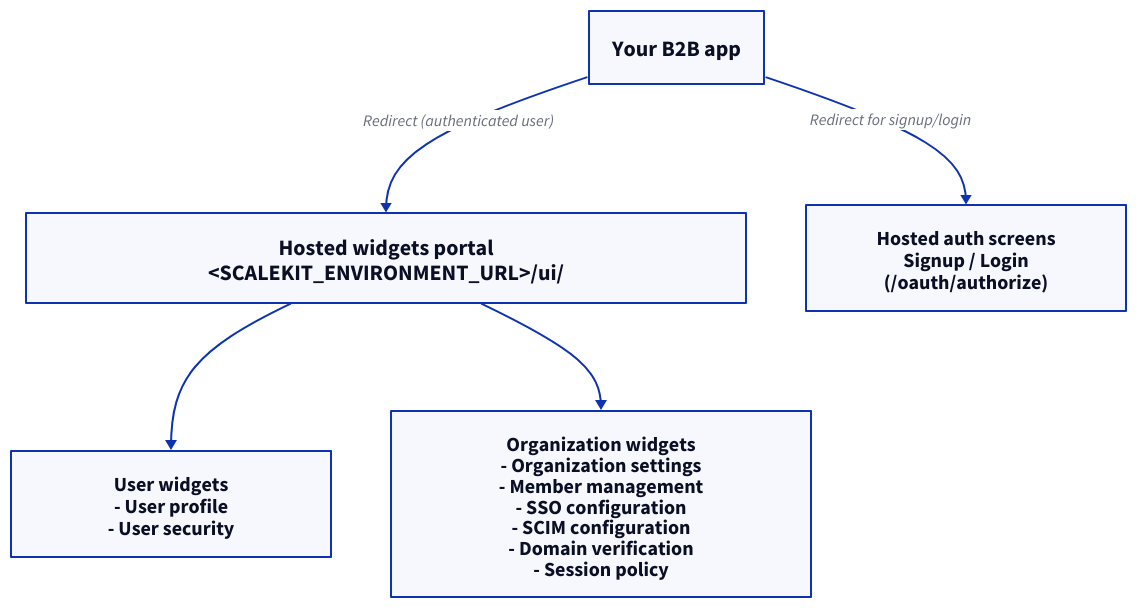
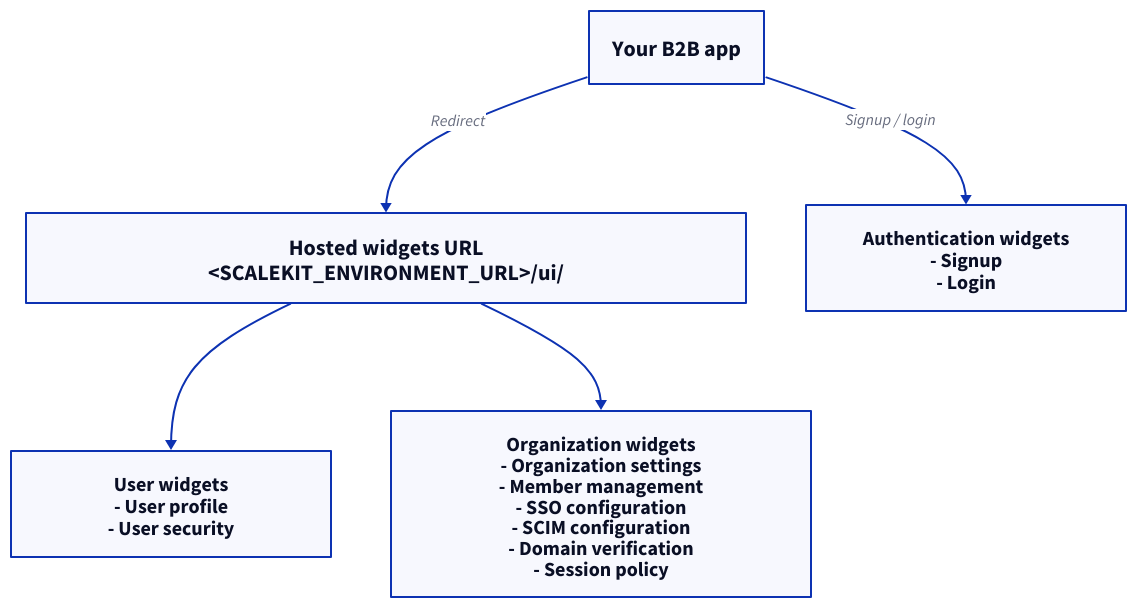
One commit to scalekit-inc/developer-docs changed the diagram in src/content/docs/authenticate/manage-users-orgs/hosted-widgets.mdx. Above: the diagram before and after it, drawn with D2. The commit also changed other lines of this file and 2 other files, not shown here.

First line of the commit message:
docs: align Hosted UI widgets voice with peer pages

````diff
--- a/src/content/docs/authenticate/manage-users-orgs/hosted-widgets.mdx
+++ b/src/content/docs/authenticate/manage-users-orgs/hosted-widgets.mdx
@@ -35,32 +39,32 @@
 ```d2 pad=56 layout=elk
 direction: down
 
 your_app: "Your B2B app" {
   style.font-size: 22
 }
 
-hosted: "Hosted widgets portal\n<SCALEKIT_ENVIRONMENT_URL>/ui/" {
+hosted: "Hosted widgets URL\n<SCALEKIT_ENVIRONMENT_URL>/ui/" {
   style.font-size: 22
   width: 720
 }
 
-auth_widgets: "Hosted auth screens\nSignup / Login\n(/oauth/authorize)" {
+auth_widgets: "Authentication widgets\n- Signup\n- Login" {
   style.font-size: 20
   width: 320
 }
 
 user_widgets: "User widgets\n- User profile\n- User security" {
   style.font-size: 20
   width: 320
 }
 
 org_widgets: "Organization widgets\n- Organization settings\n- Member management\n- SSO configuration\n- SCIM configuration\n- Domain verification\n- Session policy" {
   style.font-size: 20
   width: 420
 }
 
-your_app -> hosted: "Redirect (authenticated user)"
+your_app -> hosted: "Redirect"
 hosted -> user_widgets
 hosted -> org_widgets
-your_app -> auth_widgets: "Redirect for signup/login"
+your_app -> auth_widgets: "Signup / login"
 ```
````
